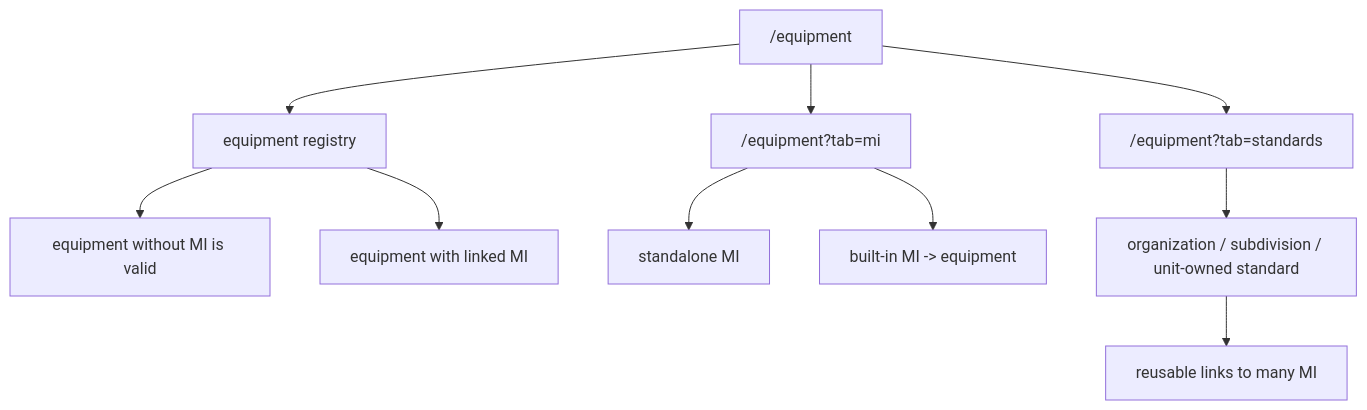
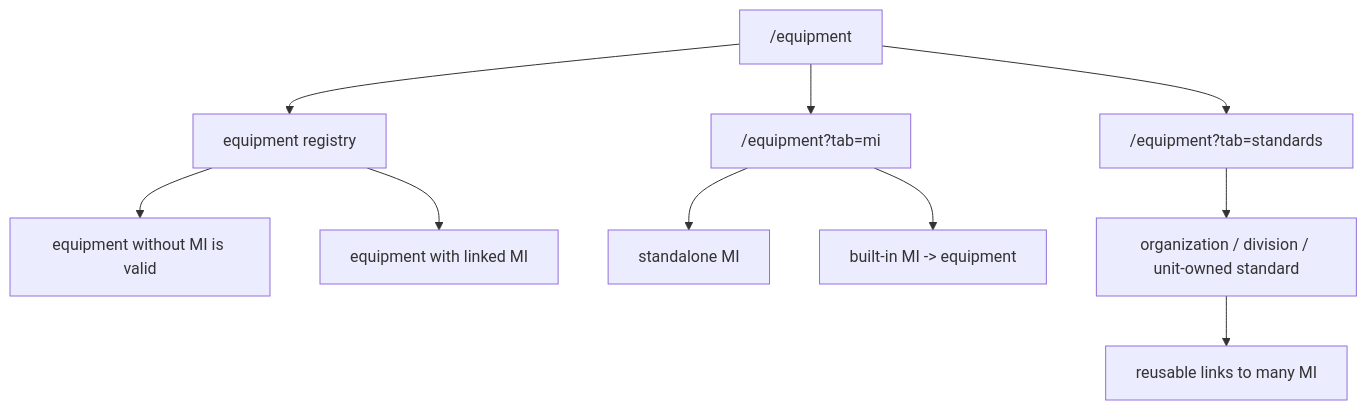
Before and after one commit to vrk-app/vrk: the ninth of 10 diagrams in docs/architecture/identity-master-data.md, drawn with Mermaid. The commit also changed other lines of this file and 313 other files, not shown here.

````diff
--- a/docs/architecture/identity-master-data.md
+++ b/docs/architecture/identity-master-data.md
@@ -432,12 +489,12 @@
 ```mermaid
 flowchart TD
     A["/equipment"] --> B["equipment registry"]
     A --> C["/equipment?tab=mi"]
     A --> D["/equipment?tab=standards"]
     B --> E["equipment without MI is valid"]
     B --> F["equipment with linked MI"]
     C --> G["standalone MI"]
     C --> H["built-in MI -> equipment"]
-    D --> I["organization / subdivision / unit-owned standard"]
+    D --> I["organization / division / unit-owned standard"]
     I --> J["reusable links to many MI"]
 ```
````
